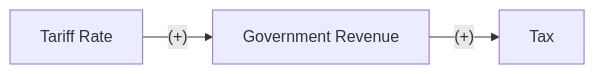
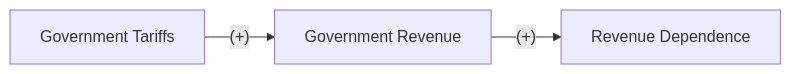
The second of 5 diagrams in Paper_Summaries.md (ecn310/course-project-taxes-tariffs), drawn with Mermaid before and after one commit. The commit also changed other lines of this file, not shown here.

Commit message:
Fixed paper summaries 2, 4, 5 along with their causal diagrams on 10/21/24

````diff
--- a/Paper_Summaries.md
+++ b/Paper_Summaries.md
@@ -28,4 +28,4 @@
 ```mermaid
 flowchart LR
-A["Tariff Rate <br>"] --(#43;)--> B["Government Revenue"] --(#43;)--> C["Tax"]
+A["Government Tariffs <br>"] --(#43;)--> B["Government Revenue"] --(#43;)--> C["Revenue Dependence"]
 ```
````
